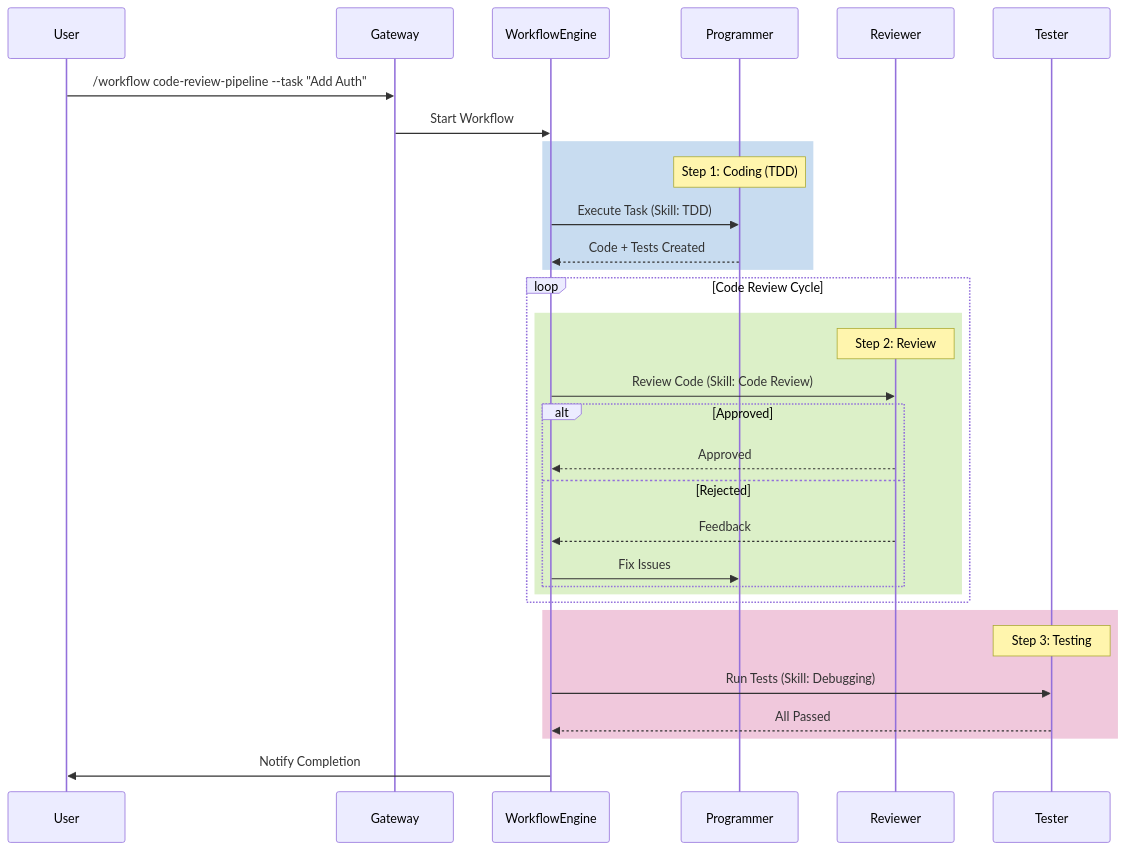
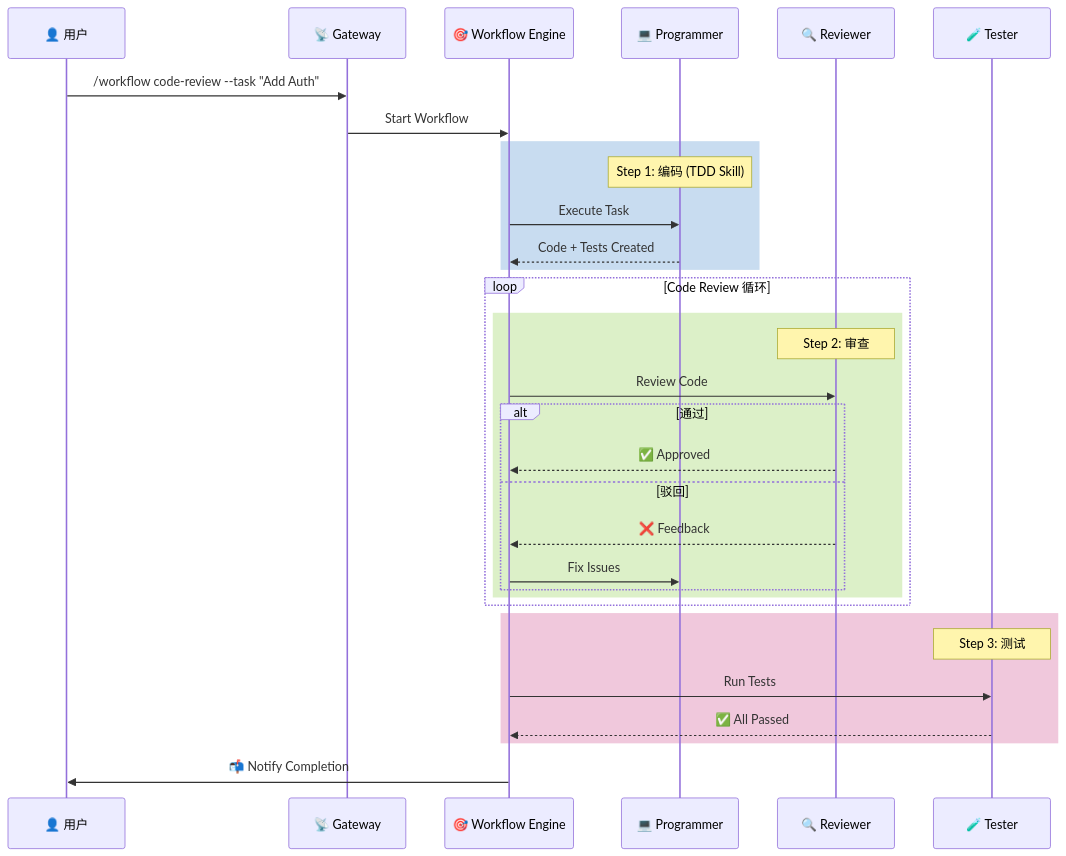
Before and after one commit to mxgnene01/wukong-bot: the second of 3 diagrams in README.md, drawn with Mermaid. The commit also changed other lines of this file and 83 other files, not shown here.

Commit message:
feat: complete metacognitive architecture and fix bugs

````diff
--- a/README.md
+++ b/README.md
@@ -57,39 +332,39 @@
 ```mermaid
 sequenceDiagram
-    participant User
-    participant Gateway
-    participant WorkflowEngine
-    participant Programmer
-    participant Reviewer
-    participant Tester
+    participant User as 👤 用户
+    participant GW as 📡 Gateway
+    participant WF as 🎯 Workflow Engine
+    participant P as 💻 Programmer
+    participant R as 🔍 Reviewer
+    participant T as 🧪 Tester
 
-    User->>Gateway: /workflow code-review-pipeline --task "Add Auth"
-    Gateway->>WorkflowEngine: Start Workflow
+    User->>GW: /workflow code-review --task "Add Auth"
+    GW->>WF: Start Workflow
     
     rect rgb(200, 220, 240)
-        Note over Programmer: Step 1: Coding (TDD)
-        WorkflowEngine->>Programmer: Execute Task (Skill: TDD)
-        Programmer-->>WorkflowEngine: Code + Tests Created
+        Note over P: Step 1: 编码 (TDD Skill)
+        WF->>P: Execute Task
+        P-->>WF: Code + Tests Created
     end
 
-    loop Code Review Cycle
+    loop Code Review 循环
         rect rgb(220, 240, 200)
-            Note over Reviewer: Step 2: Review
-            WorkflowEngine->>Reviewer: Review Code (Skill: Code Review)
-            alt Approved
-                Reviewer-->>WorkflowEngine: Approved
-            else Rejected
-                Reviewer-->>WorkflowEngine: Feedback
-                WorkflowEngine->>Programmer: Fix Issues
+            Note over R: Step 2: 审查
+            WF->>R: Review Code
+            alt 通过
+                R-->>WF: ✅ Approved
+            else 驳回
+                R-->>WF: ❌ Feedback
+                WF->>P: Fix Issues
             end
         end
     end
 
     rect rgb(240, 200, 220)
-        Note over Tester: Step 3: Testing
-        WorkflowEngine->>Tester: Run Tests (Skill: Debugging)
-        Tester-->>WorkflowEngine: All Passed
+        Note over T: Step 3: 测试
+        WF->>T: Run Tests
+        T-->>WF: ✅ All Passed
     end
 
-    WorkflowEngine->>User: Notify Completion
+    WF->>User: 📬 Notify Completion
 ```
````
